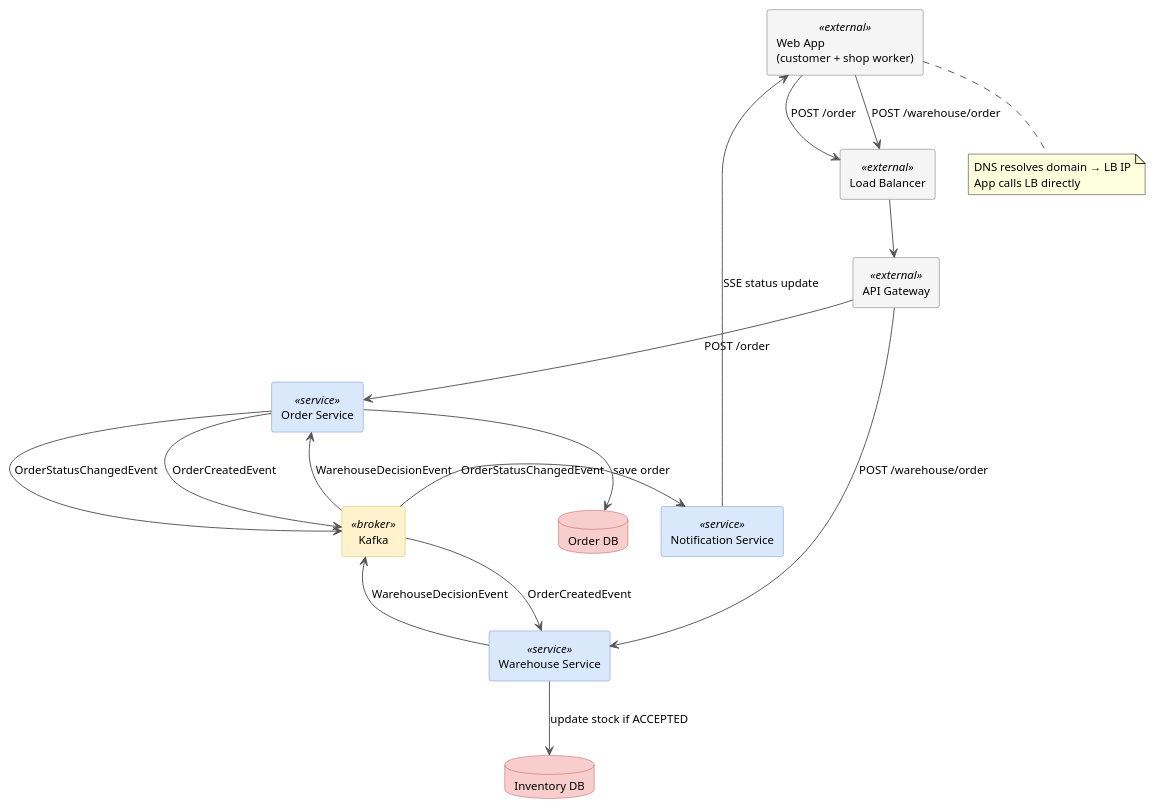
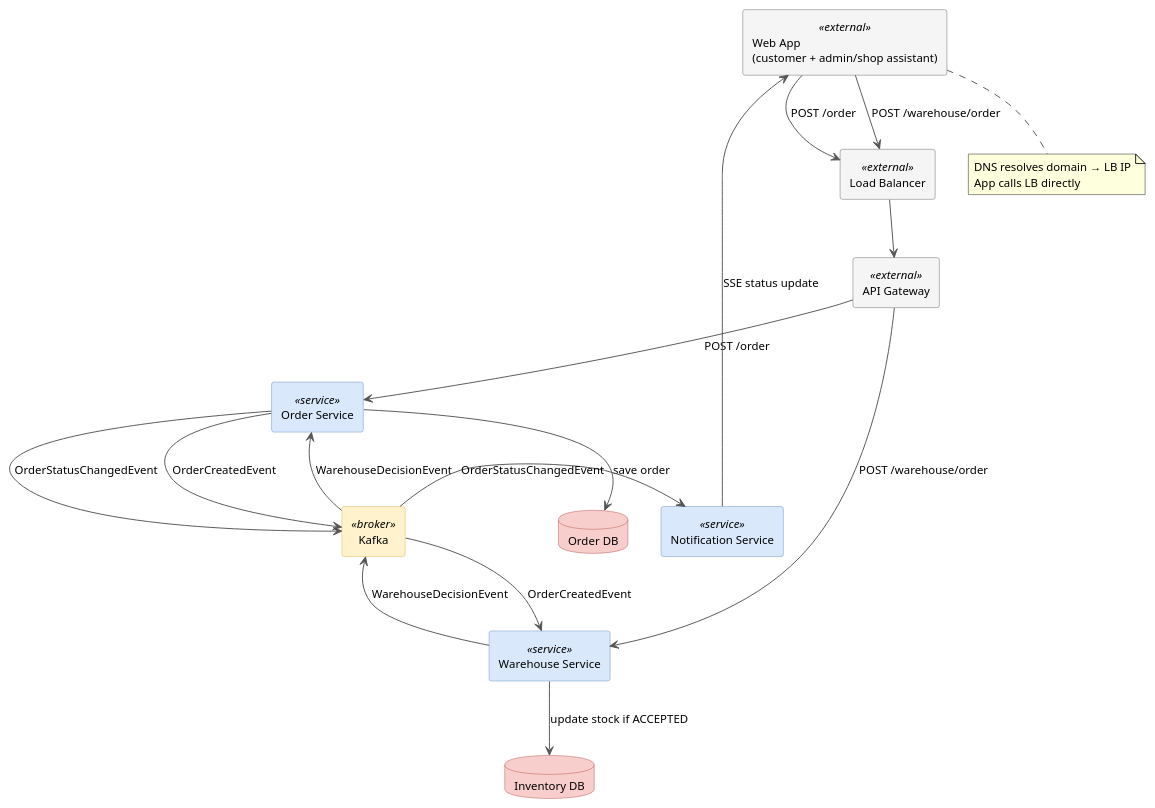
One commit to hristiina/order-state-machine changed the diagram in README.md. Above: the diagram before and after it, drawn with PlantUML.

Commit message:
Update diagram label to match Admin or Shop Assistant wording
Last remaining "shop worker" reference, in the architecture diagram's
Web App component label.

````diff
--- a/README.md
+++ b/README.md
@@ -12,62 +12,62 @@
 ```plantuml
 @startuml order_system_design
 skinparam backgroundColor #FFFFFF
 skinparam componentStyle rectangle
 skinparam ArrowColor #555555
 skinparam defaultFontSize 12
 skinparam component {
   BackgroundColor<<service>> #DAE8FC
   BorderColor<<service>> #6C8EBF
   BackgroundColor<<broker>> #FFF2CC
   BorderColor<<broker>> #D6B656
   BackgroundColor<<external>> #F5F5F5
   BorderColor<<external>> #666666
 }
 skinparam database {
   BackgroundColor #F8CECC
   BorderColor #B85450
 }
 
 ' ── ROW 1: Client ──
-component "Web App\n(customer + shop worker)" as client <<external>>
+component "Web App\n(customer + admin/shop assistant)" as client <<external>>
 
 ' ── DNS (lookup only, not in traffic path) ──
 note "DNS resolves domain → LB IP\nApp calls LB directly" as dns
 client .. dns
 
 ' ── ROW 2: Entry ──
 component "Load Balancer" as lb <<external>>
 component "API Gateway" as gateway <<external>>
 
 ' ── ROW 3: Services ──
 component "Order Service" as orderService <<service>>
 component "Warehouse Service" as warehouseService <<service>>
 component "Notification Service" as notificationService <<service>>
 
 ' ── ROW 4: Kafka ──
 component "Kafka" as kafka <<broker>>
 
 ' ── ROW 5: Databases ──
 database "Order DB" as orderDb
 database "Inventory DB" as inventoryDb
 
 ' ── FLOW ──
 client -down-> lb : POST /order
 client -down-> lb : POST /warehouse/order
 lb -down-> gateway
 gateway -down-> orderService : POST /order
 gateway -down-> warehouseService : POST /warehouse/order
 orderService -down-> orderDb : save order
 warehouseService -down-> inventoryDb : update stock if ACCEPTED
 
 orderService -right-> kafka : OrderCreatedEvent
 kafka -down-> warehouseService : OrderCreatedEvent
 warehouseService -right-> kafka : WarehouseDecisionEvent
 kafka -up-> orderService : WarehouseDecisionEvent
 orderService -down-> kafka : OrderStatusChangedEvent
 kafka -right-> notificationService : OrderStatusChangedEvent
 
 notificationService -up-> client : SSE status update
 
 @enduml
 ```
````
